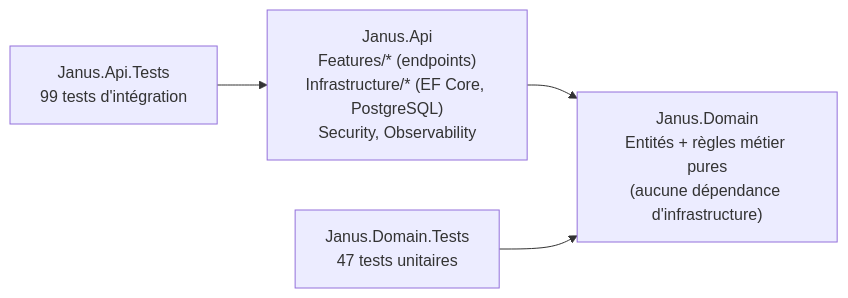
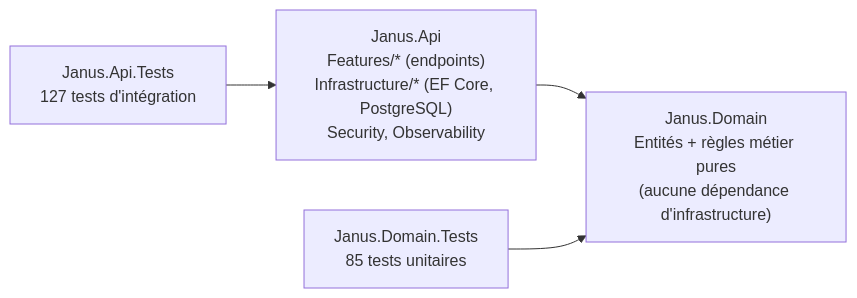
One commit to nacefmoula/janus-rfid-platform changed the second of 4 diagrams in README.md. Above: the diagram before and after it, drawn with Mermaid. The commit also changed other lines of this file and 61 other files, not shown here.

````diff
--- a/README.md
+++ b/README.md
@@ -154,6 +154,6 @@
 ```mermaid
 flowchart LR
     Api["Janus.Api\nFeatures/* (endpoints)\nInfrastructure/* (EF Core, PostgreSQL)\nSecurity, Observability"] --> Domain["Janus.Domain\nEntités + règles métier pures\n(aucune dépendance d'infrastructure)"]
-    UnitTests["Janus.Domain.Tests\n47 tests unitaires"] --> Domain
-    IntegrationTests["Janus.Api.Tests\n99 tests d'intégration"] --> Api
+    UnitTests["Janus.Domain.Tests\n85 tests unitaires"] --> Domain
+    IntegrationTests["Janus.Api.Tests\n127 tests d'intégration"] --> Api
 ```
````
